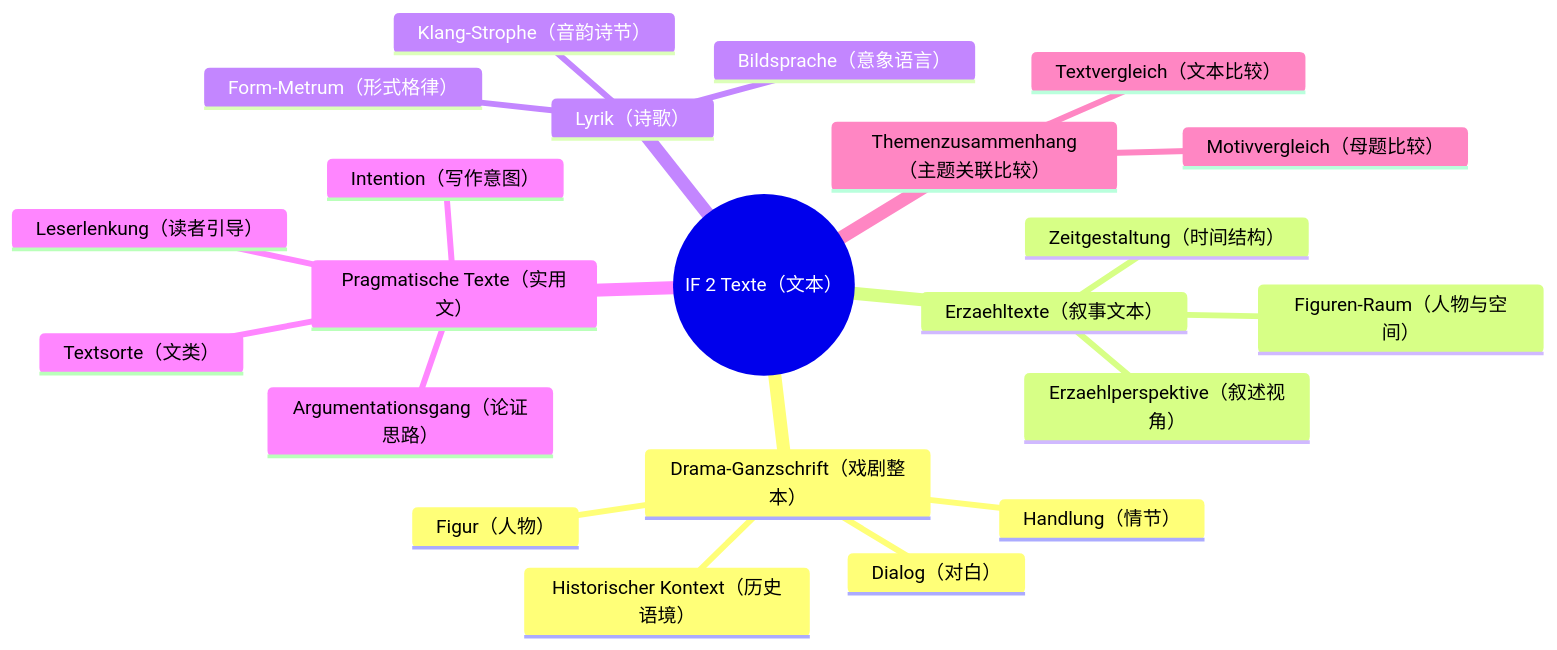
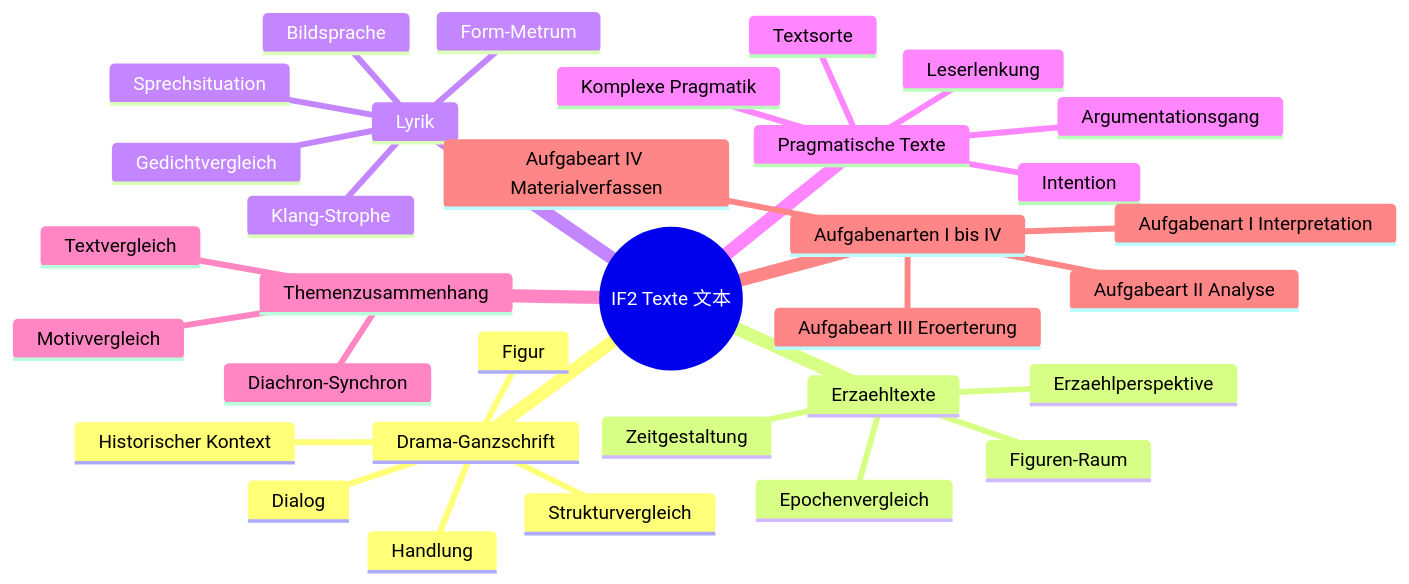
Before and after one commit to jjjjjjjjnnjnn/EF-GeWi-Lernvault: the third of 5 diagrams in 00_META/Lernbaum/Lernbaum-Deutsch.md, drawn with Mermaid. The commit also changed other lines of this file and 5 other files, not shown here.

````diff
--- a/00_META/Lernbaum/Lernbaum-Deutsch.md
+++ b/00_META/Lernbaum/Lernbaum-Deutsch.md
@@ -66,25 +262,36 @@
 ```mermaid
 mindmap
-  root((IF 2 Texte（文本）))
-    Drama-Ganzschrift（戏剧整本）
-      Figur（人物）
-      Handlung（情节）
-      Dialog（对白）
-      Historischer Kontext（历史语境）
-    Erzaehltexte（叙事文本）
-      Erzaehlperspektive（叙述视角）
-      Zeitgestaltung（时间结构）
-      Figuren-Raum（人物与空间）
-    Lyrik（诗歌）
-      Form-Metrum（形式格律）
-      Bildsprache（意象语言）
-      Klang-Strophe（音韵诗节）
-    Pragmatische Texte（实用文）
-      Textsorte（文类）
-      Argumentationsgang（论证思路）
-      Leserlenkung（读者引导）
-      Intention（写作意图）
-    Themenzusammenhang（主题关联比较）
-      Motivvergleich（母题比较）
-      Textvergleich（文本比较）
+  root((IF2 Texte 文本))
+    Drama-Ganzschrift
+      Figur
+      Handlung
+      Dialog
+      Historischer Kontext
+      Strukturvergleich
+    Erzaehltexte
+      Erzaehlperspektive
+      Zeitgestaltung
+      Figuren-Raum
+      Epochenvergleich
+    Lyrik
+      Form-Metrum
+      Bildsprache
+      Klang-Strophe
+      Sprechsituation
+      Gedichtvergleich
+    Pragmatische Texte
+      Textsorte
+      Argumentationsgang
+      Leserlenkung
+      Intention
+      Komplexe Pragmatik
+    Themenzusammenhang
+      Motivvergleich
+      Textvergleich
+      Diachron-Synchron
+    Aufgabenarten I bis IV
+      Aufgabenart I Interpretation
+      Aufgabeart II Analyse
+      Aufgabeart III Eroerterung
+      Aufgabeart IV Materialverfassen
 ```
````
